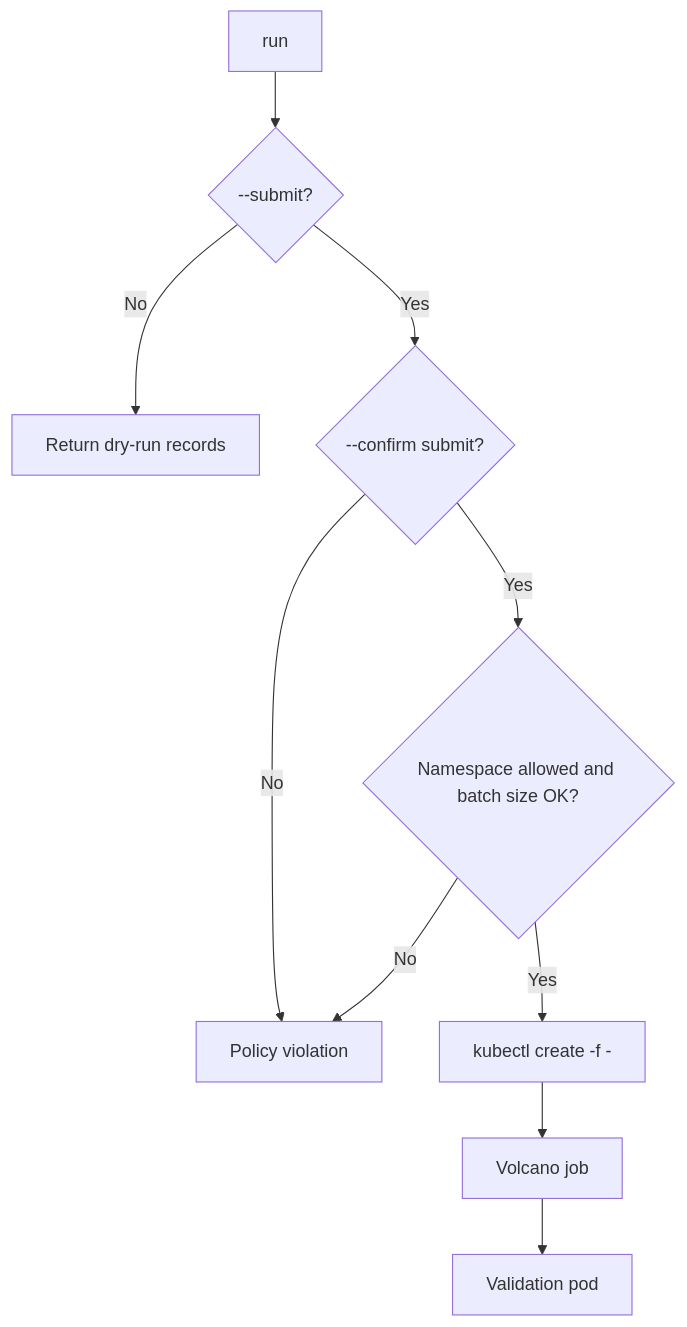
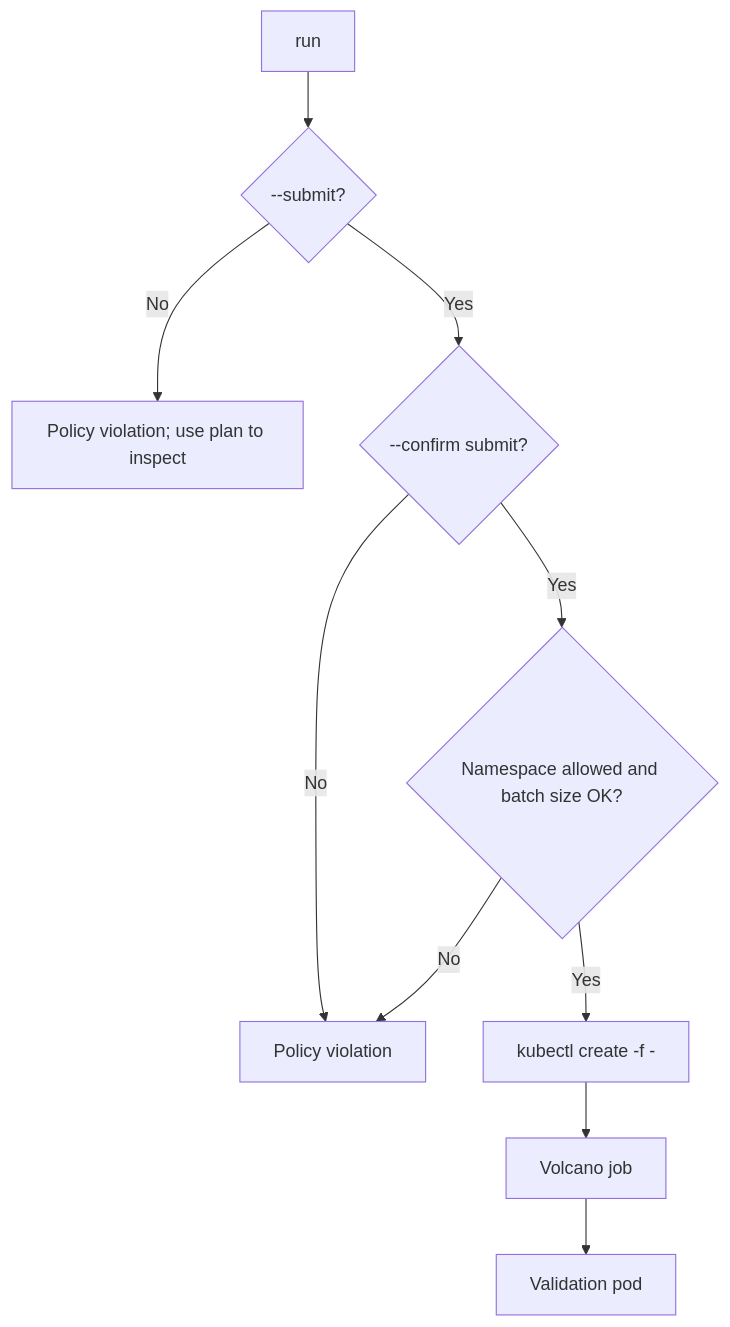
Before and after one commit to IamNirmata/c-val: the third of 5 diagrams in docs/workflow.md, drawn with Mermaid. The commit also changed other lines of this file and 202 other files, not shown here.

````diff
--- a/docs/workflow.md
+++ b/docs/workflow.md
@@ -72,12 +71,12 @@
 ```mermaid
 flowchart TD
     A[run] --> B{--submit?}
-    B -- No --> C[Return dry-run records]
+    B -- No --> C[Policy violation; use plan to inspect]
     B -- Yes --> D{--confirm submit?}
     D -- No --> E[Policy violation]
     D -- Yes --> F{Namespace allowed and batch size OK?}
     F -- No --> E
     F -- Yes --> G[kubectl create -f -]
     G --> H[Volcano job]
     H --> I[Validation pod]
 ```
````
